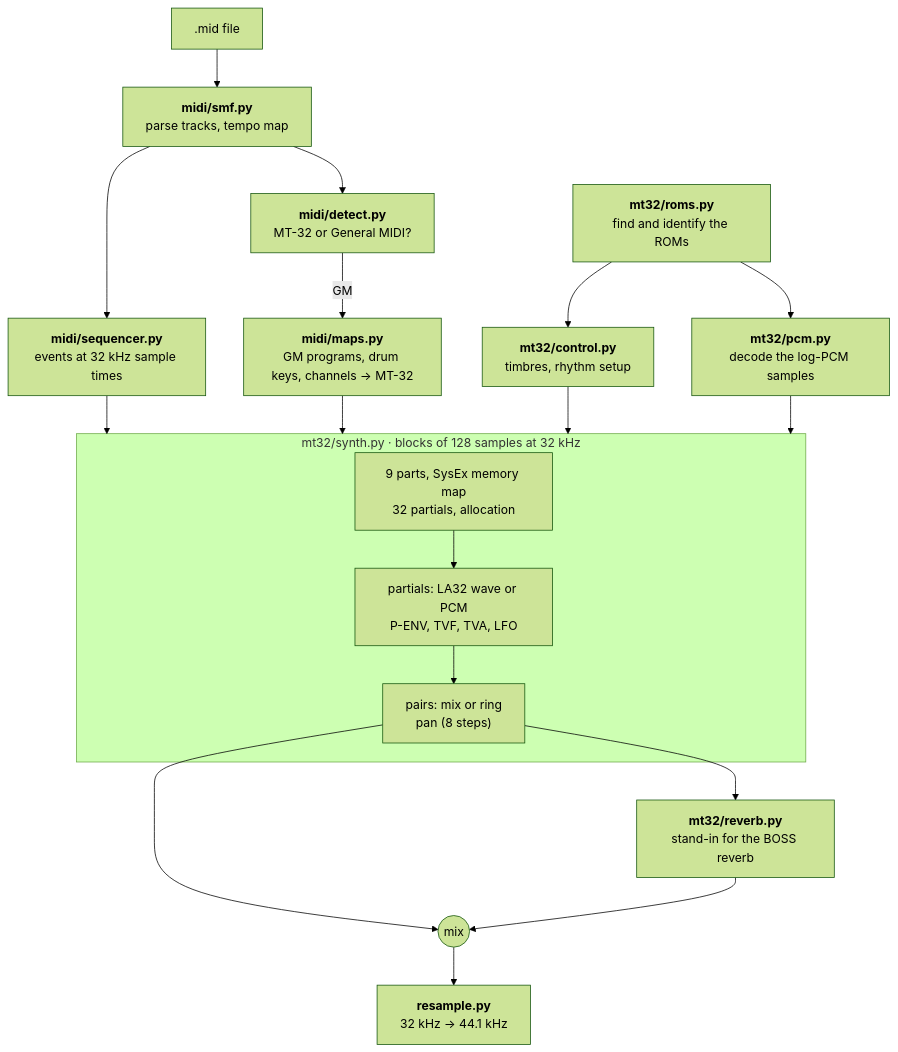
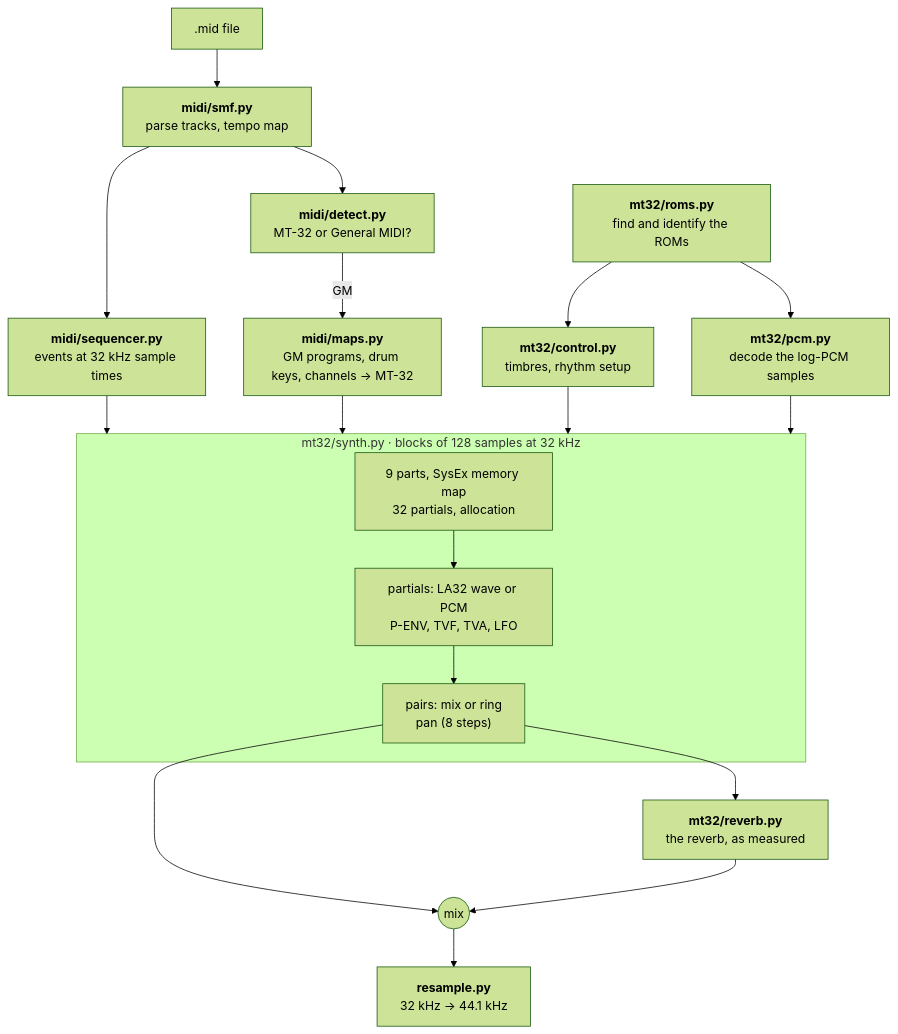
One commit to alecu/numsid changed the first of 2 diagrams in docs/mt32.md. Above: the diagram before and after it, drawn with Mermaid (forest theme). The commit also changed other lines of this file and 4 other files, not shown here.

First line of the commit message:
MT-32: the reverb, measured

````diff
--- a/docs/mt32.md
+++ b/docs/mt32.md
@@ -7,21 +7,21 @@
 ```mermaid
 flowchart TD
     file[".mid file"] --> smf["<b>midi/smf.py</b><br/>parse tracks, tempo map"]
     smf --> detect["<b>midi/detect.py</b><br/>MT-32 or General MIDI?"]
     smf --> seq["<b>midi/sequencer.py</b><br/>events at 32 kHz sample times"]
     detect -- "GM" --> maps["<b>midi/maps.py</b><br/>GM programs, drum keys, channels → MT-32"]
     seq --> synth
     maps --> synth
     roms["<b>mt32/roms.py</b><br/>find and identify the ROMs"] --> control["<b>mt32/control.py</b><br/>timbres, rhythm setup"]
     roms --> pcm["<b>mt32/pcm.py</b><br/>decode the log-PCM samples"]
     control --> synth
     pcm --> synth
     subgraph synth ["mt32/synth.py · blocks of 128 samples at 32 kHz"]
         parts["9 parts, SysEx memory map<br/>32 partials, allocation"] --> partial["partials: LA32 wave or PCM<br/>P-ENV, TVF, TVA, LFO"]
         partial --> pair["pairs: mix or ring<br/>pan (8 steps)"]
     end
-    pair --> reverb["<b>mt32/reverb.py</b><br/>stand-in for the BOSS reverb"]
+    pair --> reverb["<b>mt32/reverb.py</b><br/>the reverb, as measured"]
     pair --> sum(("mix"))
     reverb --> sum
     sum --> res["<b>resample.py</b><br/>32 kHz → 44.1 kHz"]
 ```
````
